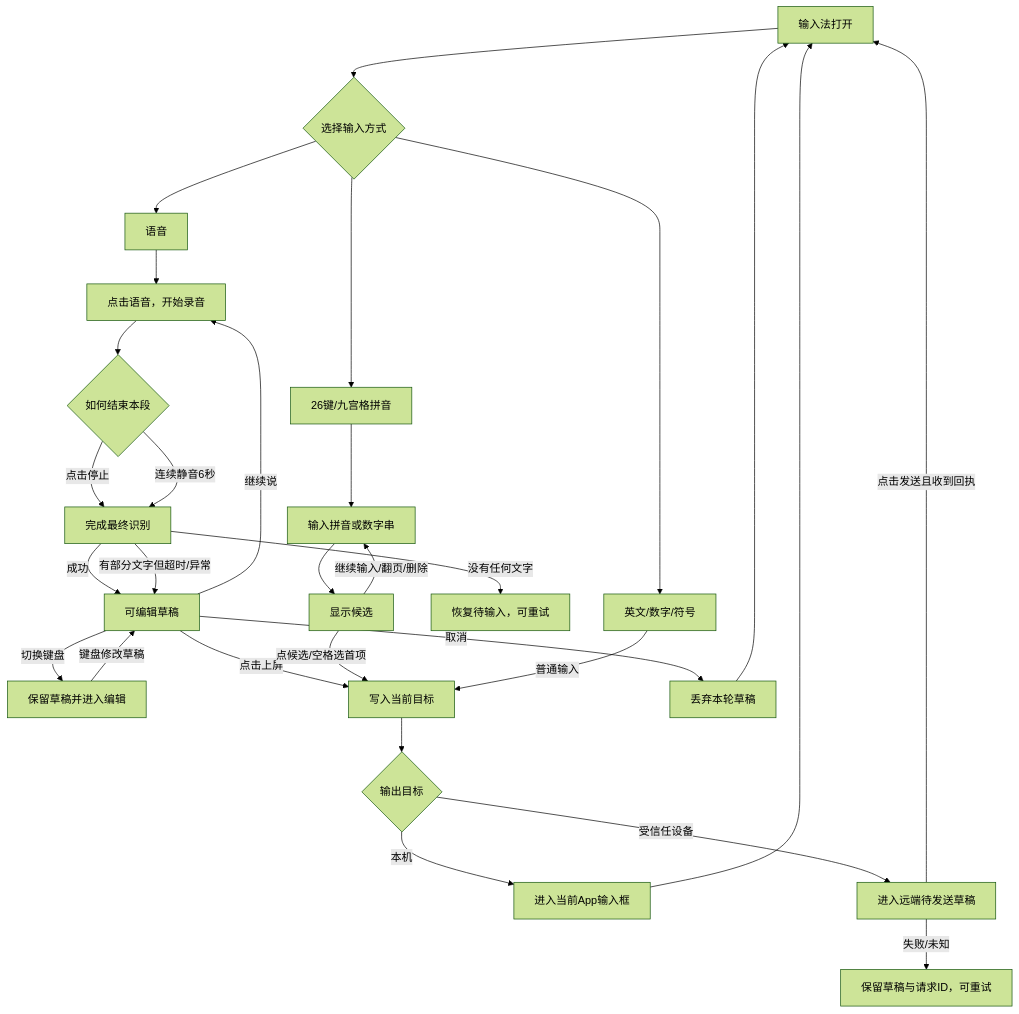
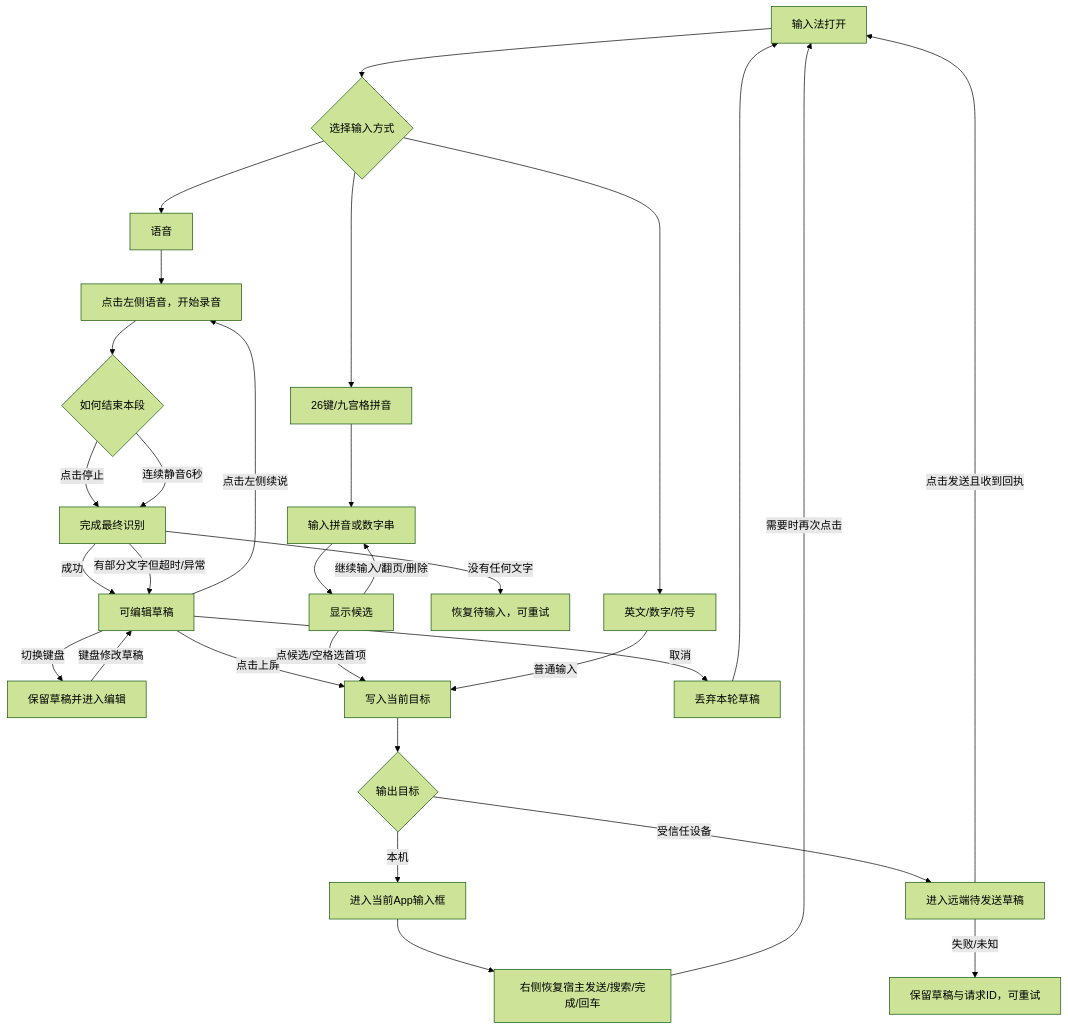
One commit to AI-Dashen/VoiceInput2PC changed the diagram in docs/v0.8/END_TO_END_OPERATION_FLOW.md. Above: the diagram before and after it, drawn with Mermaid (forest theme). The commit also changed other lines of this file and 317 other files, not shown here.

````diff
--- a/docs/v0.8/END_TO_END_OPERATION_FLOW.md
+++ b/docs/v0.8/END_TO_END_OPERATION_FLOW.md
@@ -21,35 +35,36 @@
 ```mermaid
 flowchart TD
     A[输入法打开] --> B{选择输入方式}
     B --> V[语音]
     B --> P[26键/九宫格拼音]
     B --> E[英文/数字/符号]
 
-    V --> V1[点击语音，开始录音]
+    V --> V1[点击左侧语音，开始录音]
     V1 --> V2{如何结束本段}
     V2 -->|点击停止| V3[完成最终识别]
     V2 -->|连续静音6秒| V3
     V3 -->|成功| D[可编辑草稿]
     V3 -->|有部分文字但超时/异常| D
     V3 -->|没有任何文字| V4[恢复待输入，可重试]
-    D -->|继续说| V1
+    D -->|点击左侧续说| V1
     D -->|切换键盘| K[保留草稿并进入编辑]
     D -->|点击上屏| C[写入当前目标]
     D -->|取消| X[丢弃本轮草稿]
 
     P --> P1[输入拼音或数字串]
     P1 --> P2[显示候选]
     P2 -->|点候选/空格选首项| C
     P2 -->|继续输入/翻页/删除| P1
 
     E -->|普通输入| C
     K -->|键盘修改草稿| D
 
     C --> T{输出目标}
     T -->|本机| L[进入当前App输入框]
     T -->|受信任设备| R[进入远端待发送草稿]
     R -->|点击发送且收到回执| A
     R -->|失败/未知| R1[保留草稿与请求ID，可重试]
-    L --> A
+    L --> L1[右侧恢复宿主发送/搜索/完成/回车]
+    L1 -->|需要时再次点击| A
     X --> A
 ```
````
